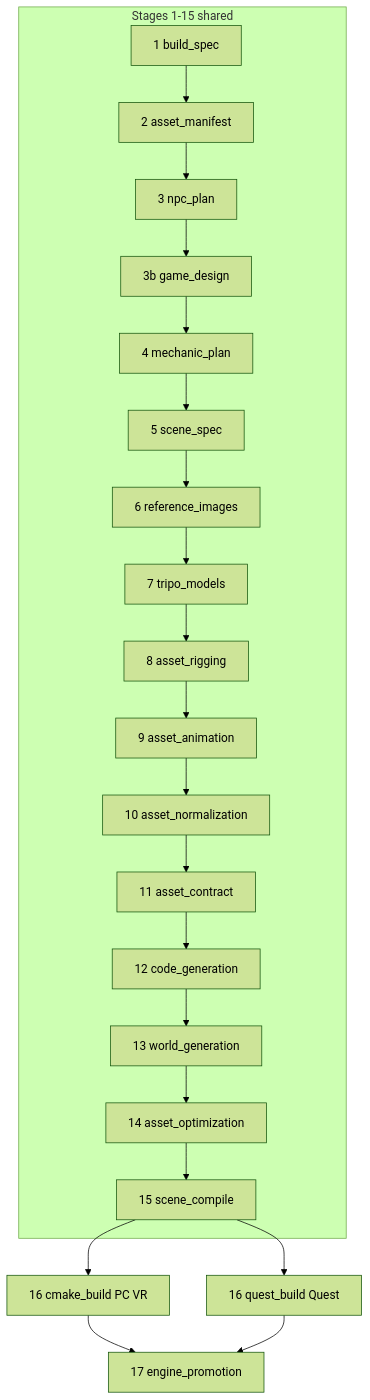
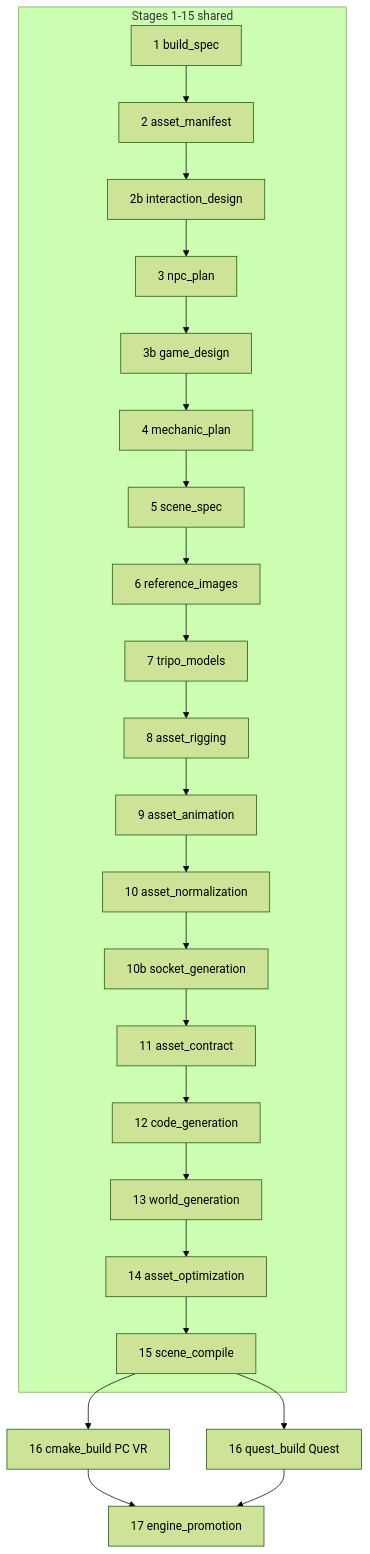
One commit to FriimanTech/Prompt-To-VR changed the diagram in docs/All_Stages_Docs/README.md. Above: the diagram before and after it, drawn with Mermaid (forest theme). The commit also changed other lines of this file and 130 other files, not shown here.

````diff
--- a/docs/All_Stages_Docs/README.md
+++ b/docs/All_Stages_Docs/README.md
@@ -9,16 +9,16 @@
 ```mermaid
 flowchart TD
   subgraph shared [Stages 1-15 shared]
-    S1[1 build_spec] --> S2[2 asset_manifest] --> S3[3 npc_plan]
+    S1[1 build_spec] --> S2[2 asset_manifest] --> S2b[2b interaction_design] --> S3[3 npc_plan]
     S3 --> S3b[3b game_design] --> S4[4 mechanic_plan] --> S5[5 scene_spec]
     S5 --> S6[6 reference_images] --> S7[7 tripo_models]
     S7 --> S8[8 asset_rigging] --> S9[9 asset_animation]
-    S9 --> S10[10 asset_normalization] --> S11[11 asset_contract]
+    S9 --> S10[10 asset_normalization] --> S10b[10b socket_generation] --> S11[11 asset_contract]
     S11 --> S12[12 code_generation] --> S13[13 world_generation]
     S13 --> S14[14 asset_optimization] --> S15[15 scene_compile]
   end
   S15 --> S16pc[16 cmake_build PC VR]
   S15 --> S16q[16 quest_build Quest]
   S16pc --> S17[17 engine_promotion]
   S16q --> S17
 ```
````
